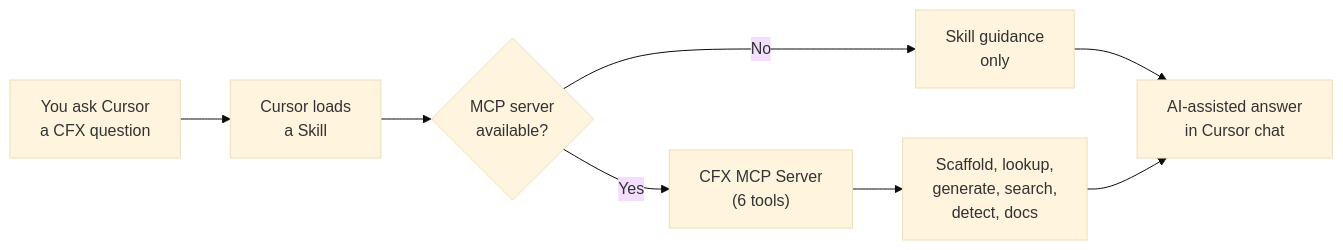
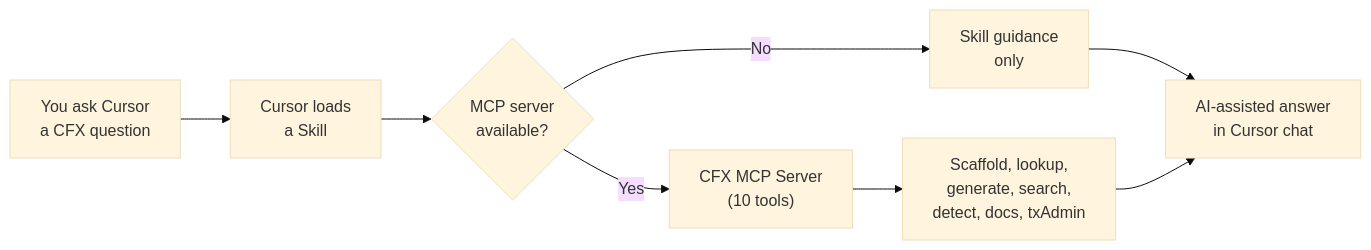
The diagram in docs/index.md (TMHSDigital/CFX-Developer-Tools), drawn with Mermaid (base theme) before and after one commit. The commit also changed other lines of this file and 11 other files, not shown here.

First line of the commit message:
feat: add txAdmin integration tools and skill

````diff
--- a/docs/index.md
+++ b/docs/index.md
@@ -57,10 +59,10 @@
 ```mermaid
 flowchart LR
     A["You ask Cursor\na CFX question"] --> B["Cursor loads\na Skill"]
     B --> C{"MCP server\navailable?"}
-    C -- Yes --> D["CFX MCP Server\n(6 tools)"]
+    C -- Yes --> D["CFX MCP Server\n(10 tools)"]
     C -- No --> E["Skill guidance\nonly"]
-    D --> F["Scaffold, lookup,\ngenerate, search,\ndetect, docs"]
+    D --> F["Scaffold, lookup,\ngenerate, search,\ndetect, docs, txAdmin"]
     E --> G["AI-assisted answer\nin Cursor chat"]
     F --> G
 ```
````
